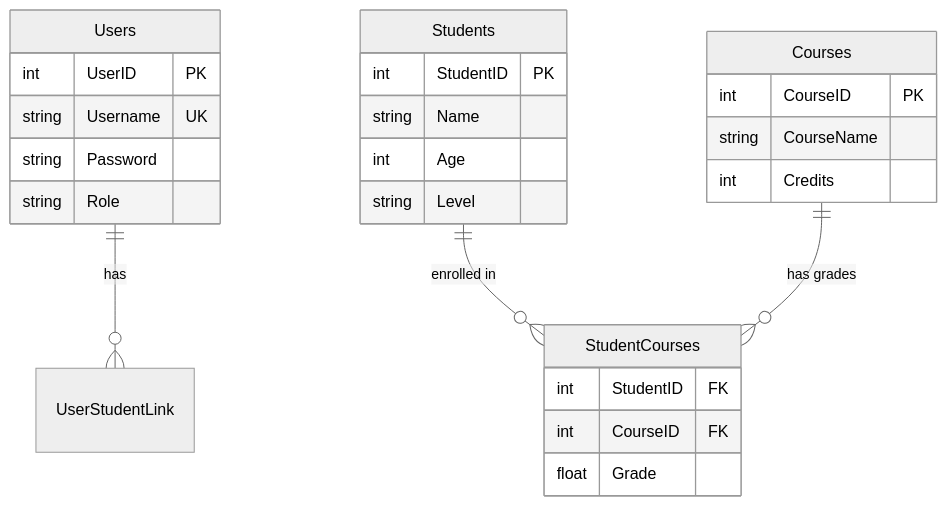
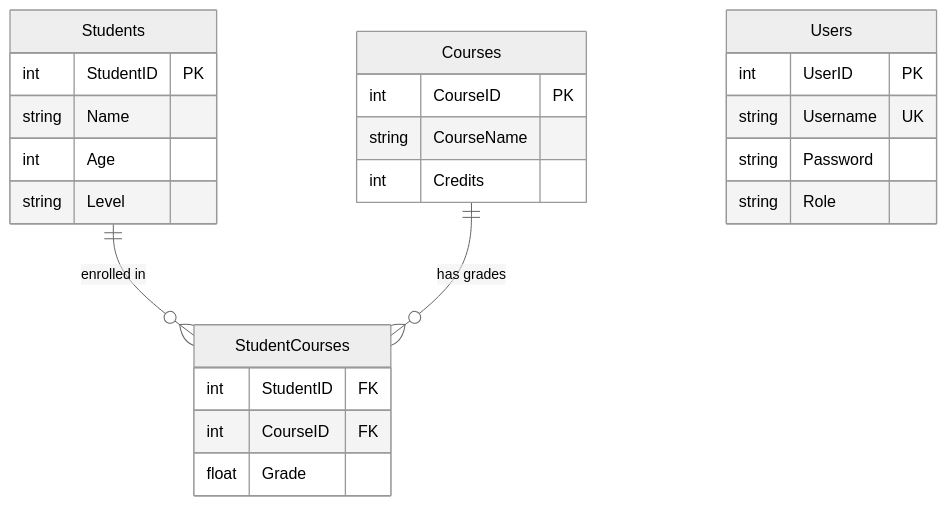
Before and after one commit to ahmedwageehberbesh/Studentes_Management: the first of 4 diagrams in README.md, drawn with Mermaid (neutral theme). The commit also changed other lines of this file, not shown here.

Commit message:
Update README to expand project documentation; add detailed module explanations, architecture overview, and usage guide

````diff
--- a/README.md
+++ b/README.md
@@ -79,32 +329,31 @@
 ```mermaid
 erDiagram
-    Users ||--o{ UserStudentLink : "has"
     Students ||--o{ StudentCourses : "enrolled in"
     Courses ||--o{ StudentCourses : "has grades"
     
     Users {
         int UserID PK
         string Username UK
         string Password
         string Role
     }
     
     Students {
         int StudentID PK
         string Name
         int Age
         string Level
     }
     
     Courses {
         int CourseID PK
         string CourseName
         int Credits
     }
     
     StudentCourses {
         int StudentID FK
         int CourseID FK
         float Grade
     }
 ```
````
